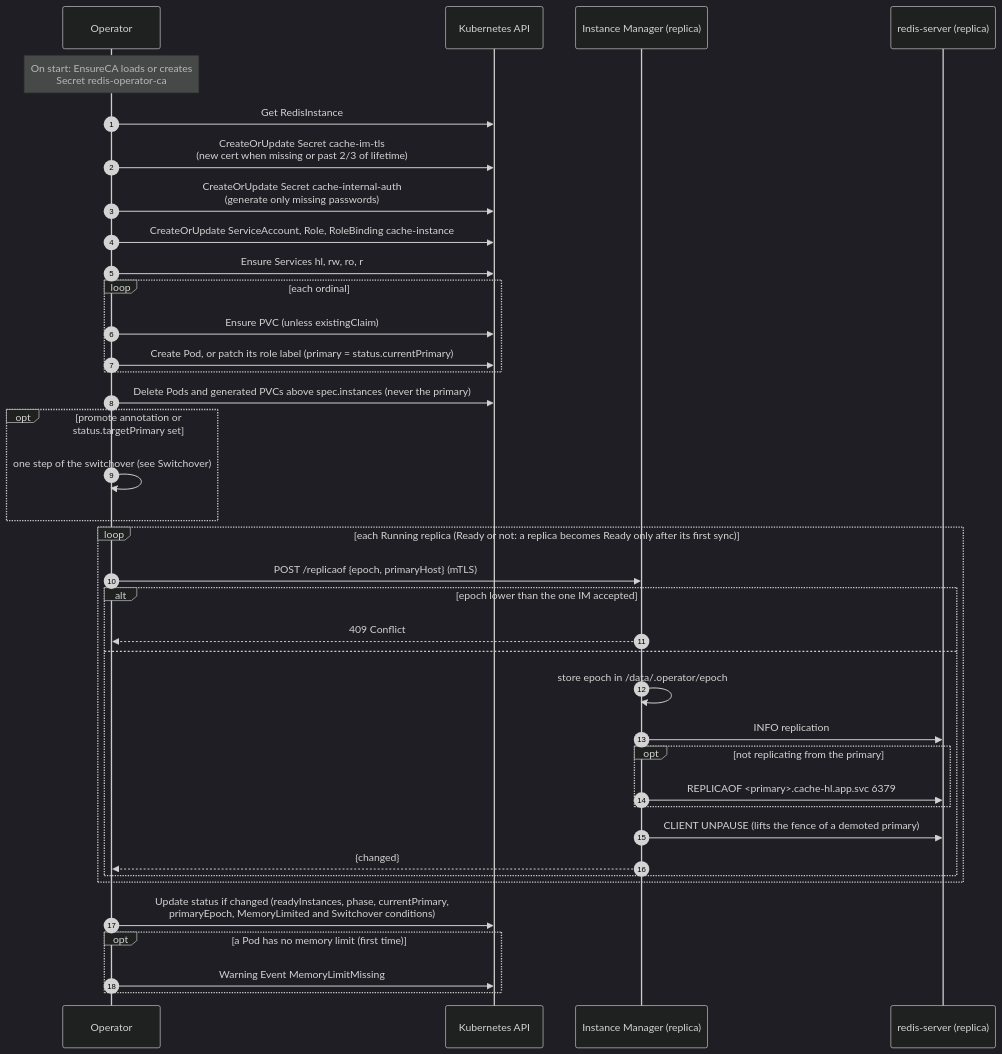
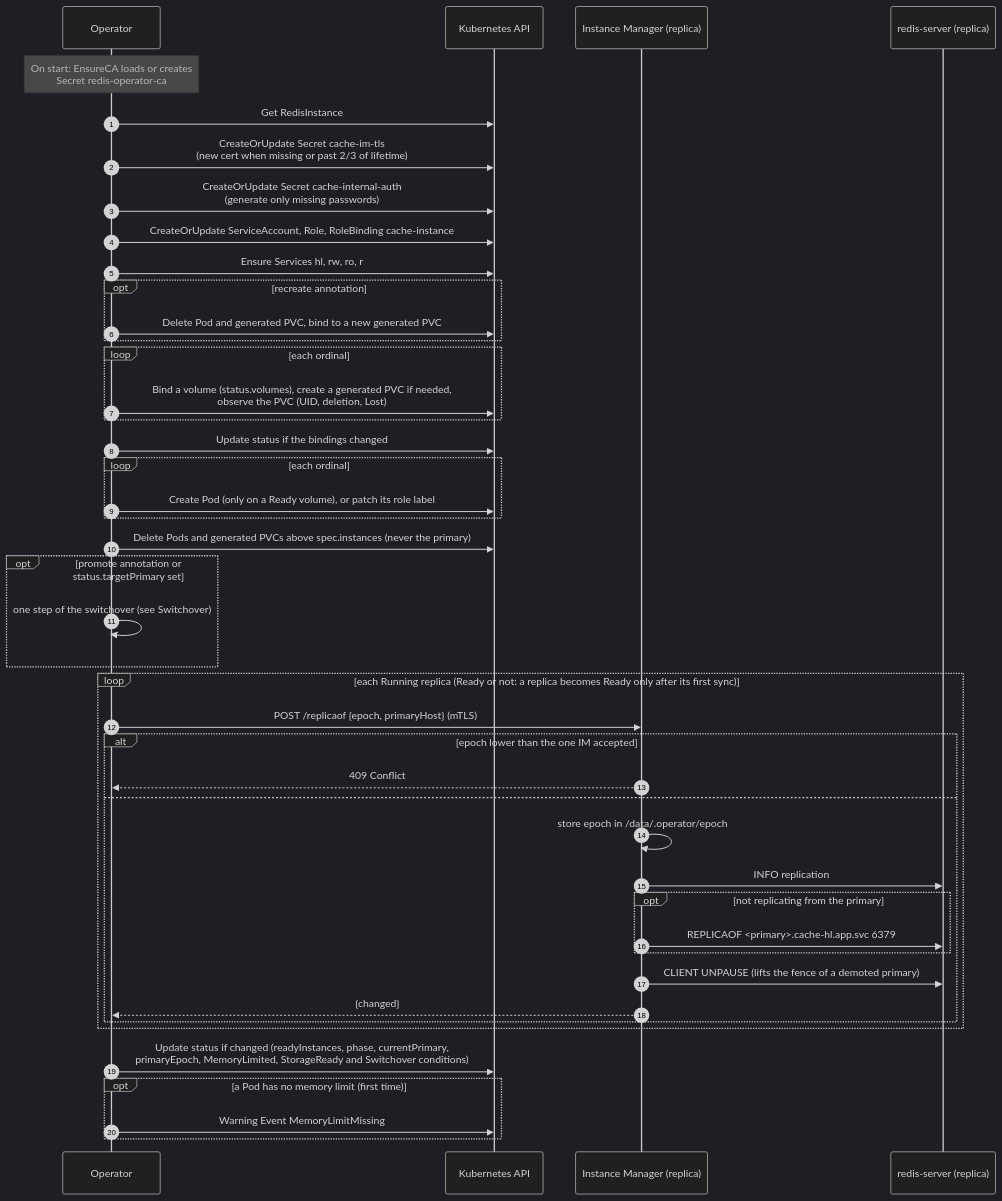
One commit to MrPickle311/redis-operator changed the sixth of 6 diagrams in docs/architecture.md. Above: the diagram before and after it, drawn with Mermaid (dark theme). The commit also changed other lines of this file and 11 other files, not shown here.

````diff
--- a/docs/architecture.md
+++ b/docs/architecture.md
@@ -329,41 +412,47 @@
 ```mermaid
 sequenceDiagram
     autonumber
     participant OP as Operator
     participant API as Kubernetes API
     participant IM as Instance Manager (replica)
     participant RS as redis-server (replica)
 
     Note over OP: On start: EnsureCA loads or creates<br/>Secret redis-operator-ca
     OP->>API: Get RedisInstance
     OP->>API: CreateOrUpdate Secret cache-im-tls<br/>(new cert when missing or past 2/3 of lifetime)
     OP->>API: CreateOrUpdate Secret cache-internal-auth<br/>(generate only missing passwords)
     OP->>API: CreateOrUpdate ServiceAccount, Role, RoleBinding cache-instance
     OP->>API: Ensure Services hl, rw, ro, r
+    opt recreate annotation
+        OP->>API: Delete Pod and generated PVC, bind to a new generated PVC
+    end
     loop each ordinal
-        OP->>API: Ensure PVC (unless existingClaim)
-        OP->>API: Create Pod, or patch its role label (primary = status.currentPrimary)
+        OP->>API: Bind a volume (status.volumes), create a generated PVC if needed,<br/>observe the PVC (UID, deletion, Lost)
+    end
+    OP->>API: Update status if the bindings changed
+    loop each ordinal
+        OP->>API: Create Pod (only on a Ready volume), or patch its role label
     end
     OP->>API: Delete Pods and generated PVCs above spec.instances (never the primary)
     opt promote annotation or status.targetPrimary set
         OP->>OP: one step of the switchover (see Switchover)
     end
     loop each Running replica (Ready or not: a replica becomes Ready only after its first sync)
         OP->>IM: POST /replicaof {epoch, primaryHost} (mTLS)
         alt epoch lower than the one IM accepted
             IM-->>OP: 409 Conflict
         else
             IM->>IM: store epoch in /data/.operator/epoch
             IM->>RS: INFO replication
             opt not replicating from the primary
                 IM->>RS: REPLICAOF <primary>.cache-hl.app.svc 6379
             end
             IM->>RS: CLIENT UNPAUSE (lifts the fence of a demoted primary)
             IM-->>OP: {changed}
         end
     end
-    OP->>API: Update status if changed (readyInstances, phase, currentPrimary,<br/>primaryEpoch, MemoryLimited and Switchover conditions)
+    OP->>API: Update status if changed (readyInstances, phase, currentPrimary,<br/>primaryEpoch, MemoryLimited, StorageReady and Switchover conditions)
     opt a Pod has no memory limit (first time)
         OP->>API: Warning Event MemoryLimitMissing
     end
 ```
````
